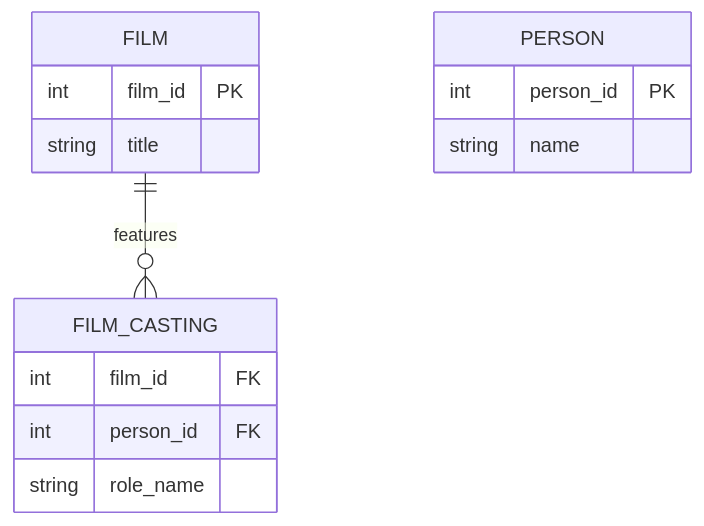
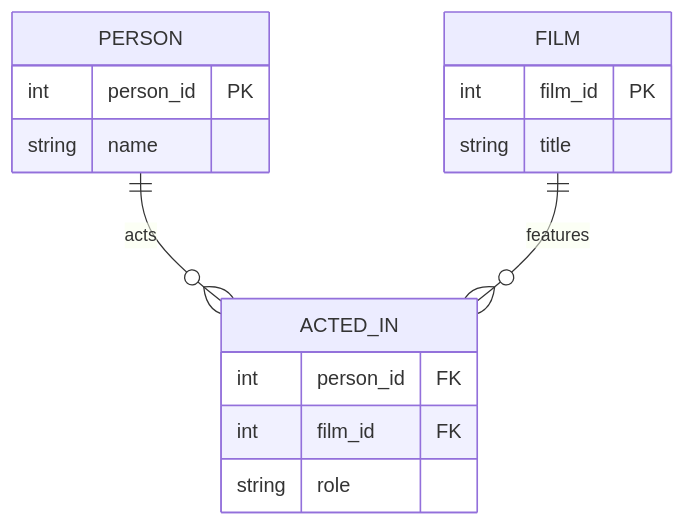
The diagram in Obsidian_Vault/2-Academic/Autumn 2025/Database_Systems/3_Relational_Model_And_Database_Design/Role_Names_In_Relationships.md (DagimAlemayehuu/Ater), drawn with Mermaid before and after one commit. The commit also changed other lines of this file and 41 other files, not shown here.

````diff
--- a/Obsidian_Vault/2-Academic/Autumn 2025/Database_Systems/3_Relational_Model_And_Database_Design/Role_Names_In_Relationships.md
+++ b/Obsidian_Vault/2-Academic/Autumn 2025/Database_Systems/3_Relational_Model_And_Database_Design/Role_Names_In_Relationships.md
@@ -27,17 +27,18 @@
 ```mermaid
 erDiagram
-    FILM ||--o{ FILM_CASTING : "features"
+    PERSON ||--o{ ACTED_IN : acts
+    PERSON {
+        int person_id PK
+        string name
+    }
+    ACTED_IN {
+        int person_id FK
+        int film_id FK
+        string role
+    }
+    FILM ||--o{ ACTED_IN : features
     FILM {
         int film_id PK
         string title
     }
-    PERSON {
-        int person_id PK
-        string name
-    }
-    FILM_CASTING {
-        int film_id FK
-        int person_id FK
-        string role_name
-    }
 ```
````
